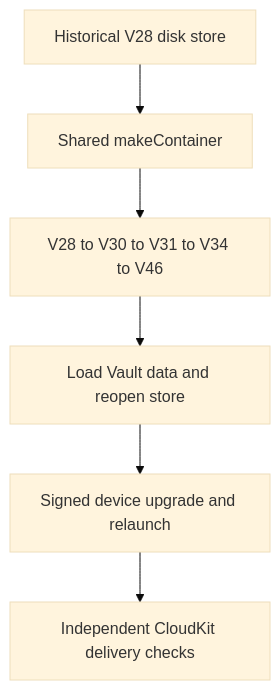
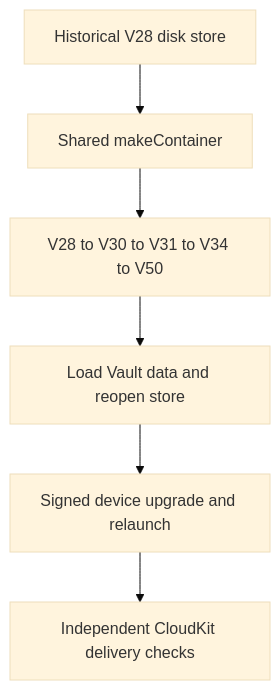
The first of 2 diagrams in openwiki/operations/cloudkit-release-readiness.md (AkinoKaede/Termind), drawn with Mermaid (base theme) before and after one commit. The commit also changed other lines of this file and 70 other files, not shown here.

````diff
--- a/openwiki/operations/cloudkit-release-readiness.md
+++ b/openwiki/operations/cloudkit-release-readiness.md
@@ -197,8 +201,8 @@
 ```mermaid
 flowchart TD
     Fixture["Historical V28 disk store"] --> Factory["Shared makeContainer"]
-    Factory --> Local["V28 to V30 to V31 to V34 to V46"]
+    Factory --> Local["V28 to V30 to V31 to V34 to V50"]
     Local --> Verify["Load Vault data and reopen store"]
     Verify --> Device["Signed device upgrade and relaunch"]
     Device --> Cloud["Independent CloudKit delivery checks"]
 ```
````
